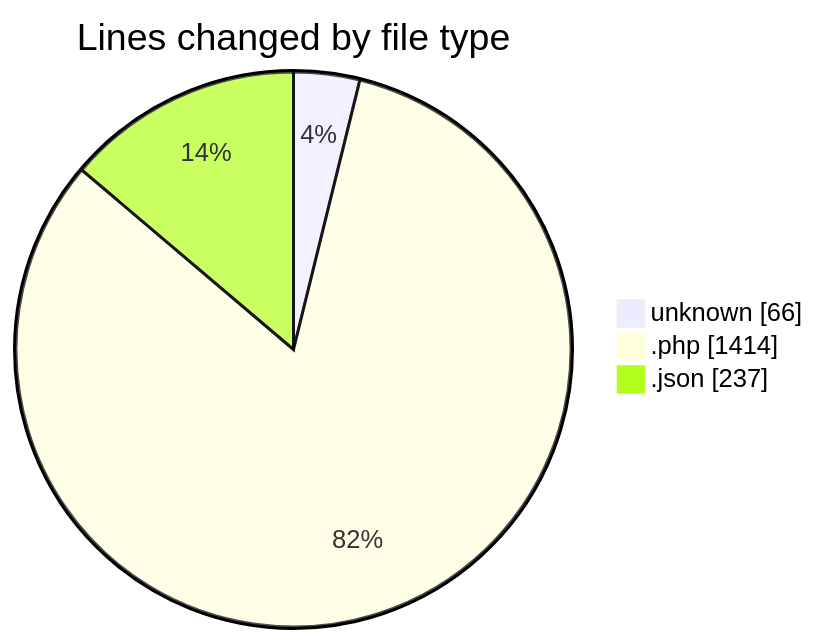
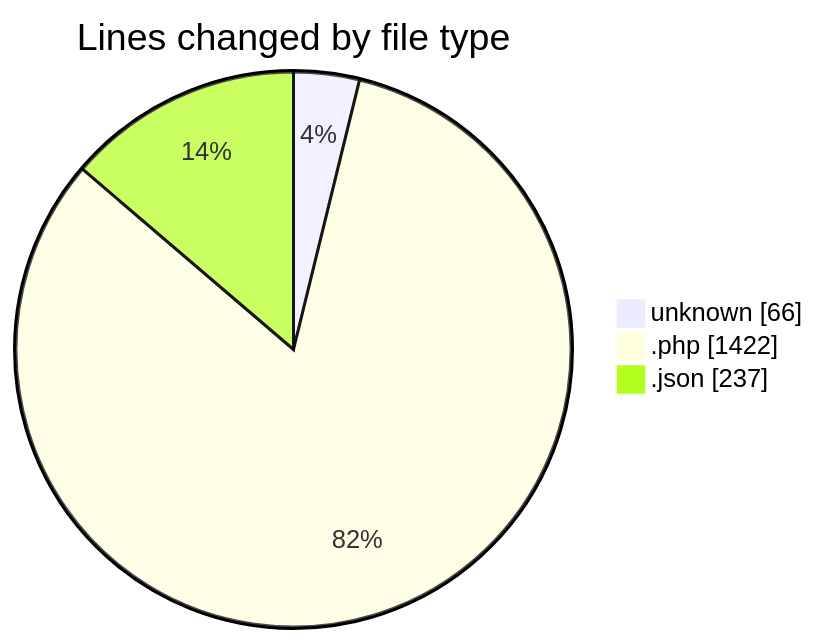
Before and after one commit to idhammustaqopulfikri/code-tracking: the first of 2 diagrams in 2025-05-15/bookingpodcas/README.md, drawn with Mermaid. The commit also changed other lines of this file and 1 other file, not shown here.

````diff
--- a/2025-05-15/bookingpodcas/README.md
+++ b/2025-05-15/bookingpodcas/README.md
@@ -25,7 +25,7 @@
 ```mermaid
 pie showData
 title Lines changed by file type
 "unknown" : 66
-".php" : 1414
+".php" : 1422
 ".json" : 237
 ```
````
